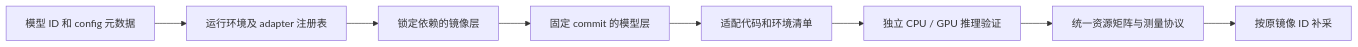
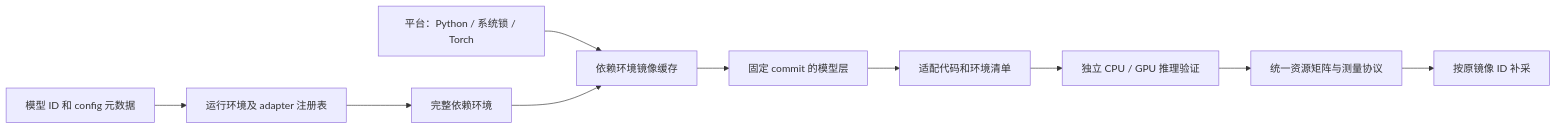
One commit to kainam15/universal-profiles changed the diagram in docs/Runtime_Compatibility.md. Above: the diagram before and after it, drawn with Mermaid. The commit also changed other lines of this file and 65 other files, not shown here.

````diff
--- a/docs/Runtime_Compatibility.md
+++ b/docs/Runtime_Compatibility.md
@@ -20,10 +21,12 @@
 ```mermaid
 flowchart LR
     model[模型 ID 和 config 元数据] --> route[运行环境及 adapter 注册表]
-    route --> deps[锁定依赖的镜像层]
+    route --> env[完整依赖环境]
+    platform[平台：Python / 系统锁 / Torch] --> deps[依赖环境镜像缓存]
+    env --> deps
     deps --> weights[固定 commit 的模型层]
     weights --> code[适配代码和环境清单]
     code --> verify[独立 CPU / GPU 推理验证]
     verify --> matrix[统一资源矩阵与测量协议]
     matrix --> posthoc[按原镜像 ID 补采]
 ```
````
